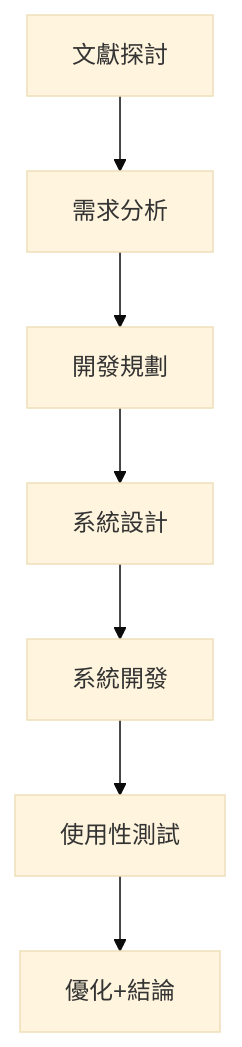
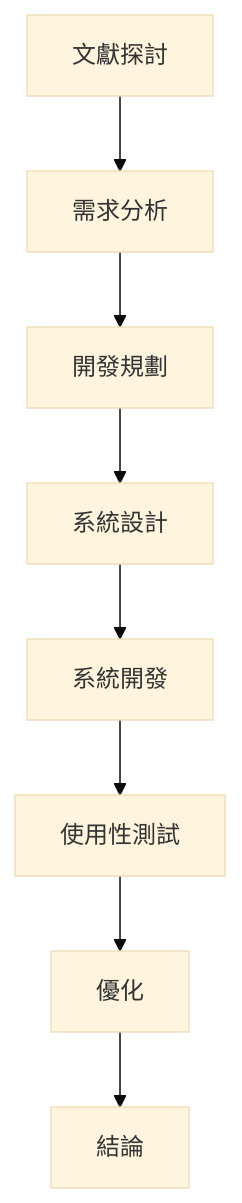
Before and after one commit to c112118138-dev/grouphw2: the first of 2 diagrams in README.md, drawn with Mermaid (base theme). The commit also changed other lines of this file, not shown here.

````diff
--- a/README.md
+++ b/README.md
@@ -41,10 +39,11 @@
 ```mermaid
 graph TD
-T01[文獻探討]:::phase1 --> T02[需求分析]:::phase1
-T02 --> T03[開發規劃]:::phase2
-T03 --> T04[系統設計]:::phase2
-T04 --> T05[系統開發]:::phase3
-T05 --> T06[使用性測試]:::phase4
-T06 --> T07[優化+結論]:::phase4
+T01[文獻探討] --> T02[需求分析]
+T02 --> T03[開發規劃]
+T03 --> T04[系統設計]
+T04 --> T05[系統開發]
+T05 --> T06[使用性測試]
+T06 --> T07[優化]
+T07 --> T08[結論]
 
 ```
````
